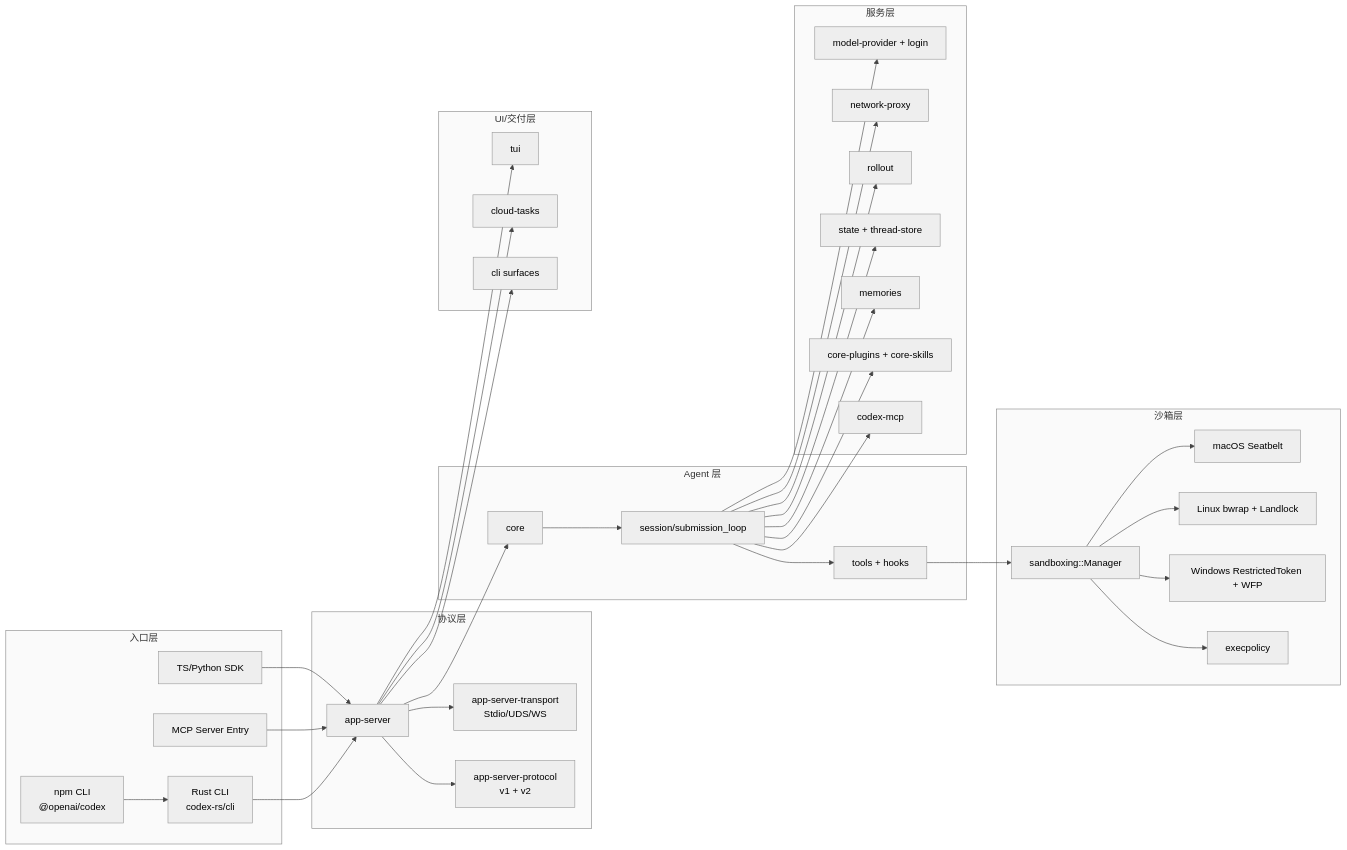
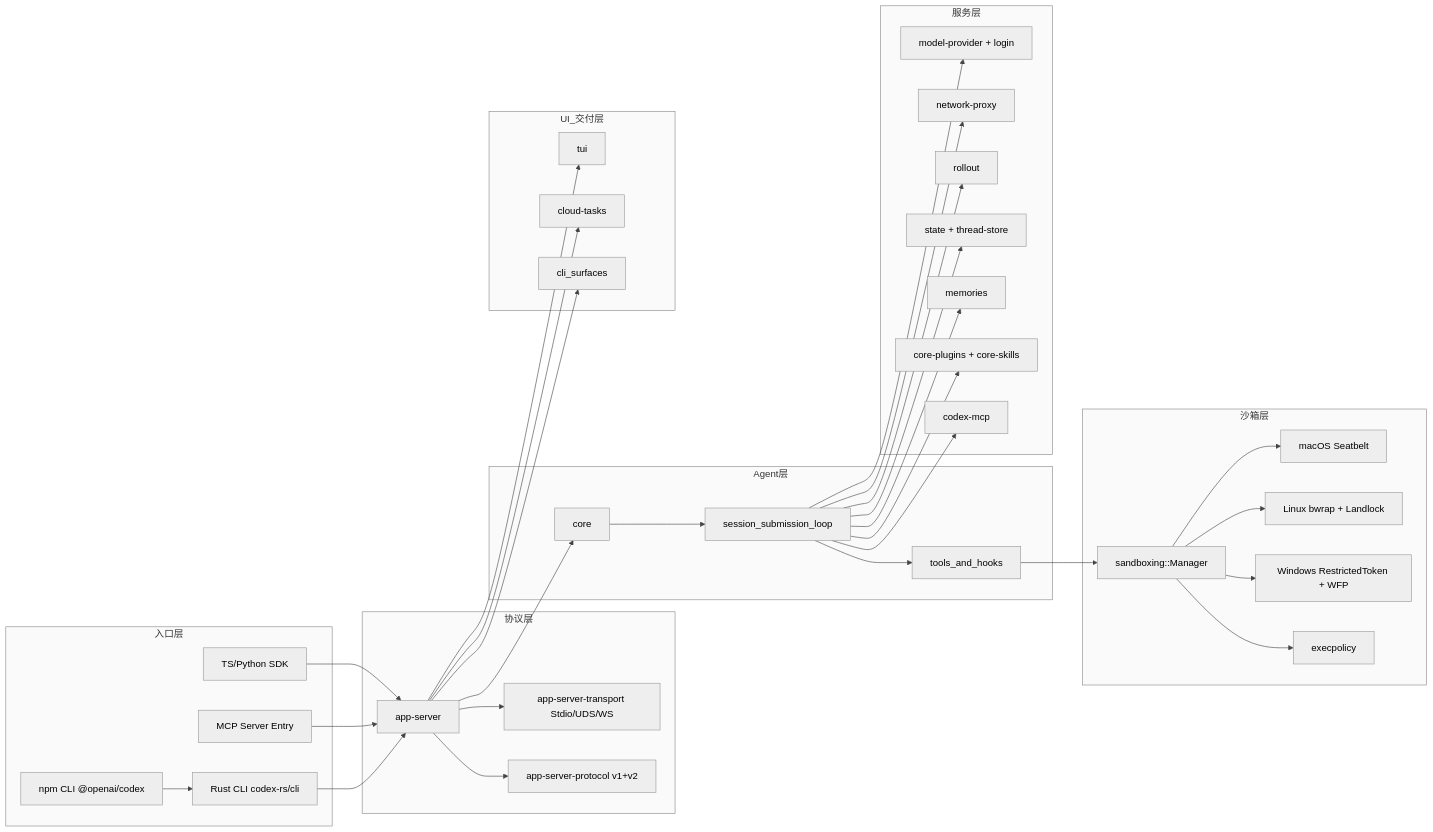
One commit to GLBB/codex-source-analysis changed the first of 6 diagrams in 总纲-Codex技术主线分析.md. Above: the diagram before and after it, drawn with Mermaid. The commit also changed other lines of this file and 12 other files, not shown here.

````diff
--- a/总纲-Codex技术主线分析.md
+++ b/总纲-Codex技术主线分析.md
@@ -159,71 +171,71 @@
 ```mermaid
-%%{init: {"theme": "neutral", "themeVariables": {"background": "#ffffff","primaryColor": "#f5f5f5","primaryTextColor": "#000000","primaryBorderColor": "#333333","lineColor": "#444444","secondaryColor": "#f8f8f8","tertiaryColor": "#ffffff","clusterBkg": "#fafafa","clusterBorder": "#888888","edgeLabelBackground": "#ffffff","fontFamily": "Helvetica"}, "themeCSS": "svg { background: #ffffff !important; } .label, .nodeLabel, .edgeLabel, text { fill: #000000 !important; color: #000000 !important; }"}}%%
+%%{init:{'theme':'neutral','themeVariables':{'background':'#ffffff','primaryColor':'#f5f5f5','primaryTextColor':'#000000','primaryBorderColor':'#333333','lineColor':'#444444','secondaryColor':'#f8f8f8','tertiaryColor':'#ffffff','clusterBkg':'#fafafa','clusterBorder':'#888888','edgeLabelBackground':'#ffffff','fontFamily':'Helvetica'}}}%%
 flowchart LR
   subgraph L1[入口层]
-    NPM[npm CLI<br/>@openai/codex]
-    RCLI[Rust CLI<br/>codex-rs/cli]
-    SDK[TS/Python SDK]
-    MCPIN[MCP Server Entry]
+    NPM["npm CLI @openai/codex"]
+    RCLI["Rust CLI codex-rs/cli"]
+    SDK["TS/Python SDK"]
+    MCPIN["MCP Server Entry"]
   end
 
   subgraph L2[协议层]
     APS[app-server]
-    APST[app-server-transport<br/>Stdio/UDS/WS]
-    APROTO[app-server-protocol<br/>v1 + v2]
+    APST["app-server-transport Stdio/UDS/WS"]
+    APROTO["app-server-protocol v1+v2"]
   end
 
-  subgraph L3[Agent 层]
+  subgraph L3[Agent层]
     CORE[core]
-    SESSION[session/submission_loop]
-    TOOLS[tools + hooks]
+    SESSION[session_submission_loop]
+    TOOLS[tools_and_hooks]
   end
 
   subgraph L4[服务层]
-    MODEL[model-provider + login]
+    MODEL["model-provider + login"]
     NP[network-proxy]
     ROLL[rollout]
-    STATE[state + thread-store]
+    STATE["state + thread-store"]
     MEM[memories]
-    PLUG[core-plugins + core-skills]
+    PLUG["core-plugins + core-skills"]
     MCP[codex-mcp]
   end
 
   subgraph L5[沙箱层]
-    SBM[sandboxing::Manager]
-    MAC[macOS Seatbelt]
-    LNX[Linux bwrap + Landlock]
-    WIN[Windows RestrictedToken + WFP]
+    SBM["sandboxing::Manager"]
+    MAC["macOS Seatbelt"]
+    LNX["Linux bwrap + Landlock"]
+    WIN["Windows RestrictedToken + WFP"]
     EXP[execpolicy]
   end
 
-  subgraph L6[UI/交付层]
+  subgraph L6[UI_交付层]
     TUI[tui]
     CLOUD[cloud-tasks]
-    OUTCLI[cli surfaces]
+    OUTCLI[cli_surfaces]
   end
 
   NPM --> RCLI
   SDK --> APS
   MCPIN --> APS
   RCLI --> APS
   APS --> APST
   APS --> APROTO
   APS --> CORE
   CORE --> SESSION
   SESSION --> TOOLS
   SESSION --> MODEL
   SESSION --> NP
   SESSION --> ROLL
   SESSION --> STATE
   SESSION --> MEM
   SESSION --> PLUG
   SESSION --> MCP
   TOOLS --> SBM
   SBM --> MAC
   SBM --> LNX
   SBM --> WIN
   SBM --> EXP
   APS --> TUI
   APS --> CLOUD
   APS --> OUTCLI
 ```
````
